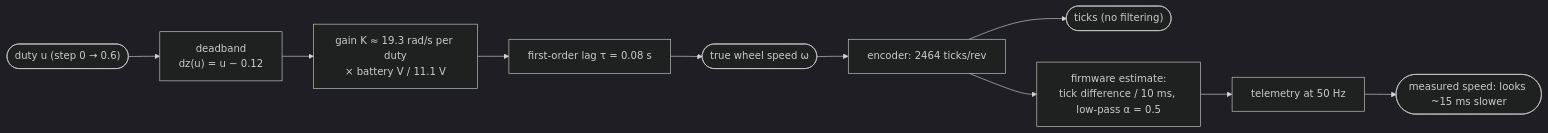
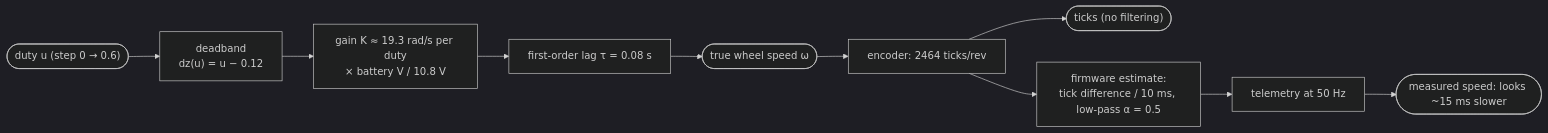
The diagram in 08-control/08.02-motor-step-response.md (tal-giladi/robotics-course), drawn with Mermaid (dark theme) before and after one commit. The commit also changed other lines of this file and 55 other files, not shown here.

````diff
--- a/08-control/08.02-motor-step-response.md
+++ b/08-control/08.02-motor-step-response.md
@@ -128,12 +128,12 @@
 ```mermaid
 flowchart LR
     U(["duty u (step 0 → 0.6)"]) --> DB["deadband<br/>dz(u) = u − 0.12"]
-    DB --> K["gain K ≈ 19.3 rad/s per duty<br/>× battery V / 11.1 V"]
+    DB --> K["gain K ≈ 19.3 rad/s per duty<br/>× battery V / 10.8 V"]
     K --> LAG["first-order lag τ = 0.08 s"]
     LAG --> W(["true wheel speed ω"])
     W --> ENC["encoder: 2464 ticks/rev"]
     ENC --> TICKS(["ticks (no filtering)"])
     ENC --> EST["firmware estimate:<br/>tick difference / 10 ms, low-pass α = 0.5"]
     EST --> TEL["telemetry at 50 Hz"]
     TEL --> MEAS(["measured speed: looks ~15 ms slower"])
 ```
````
